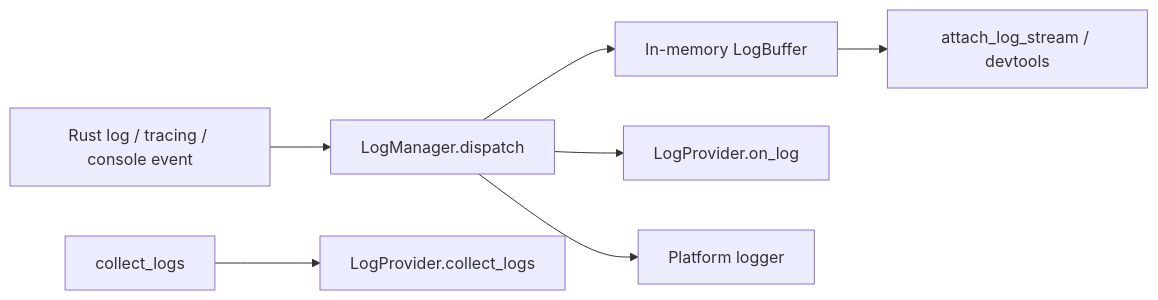
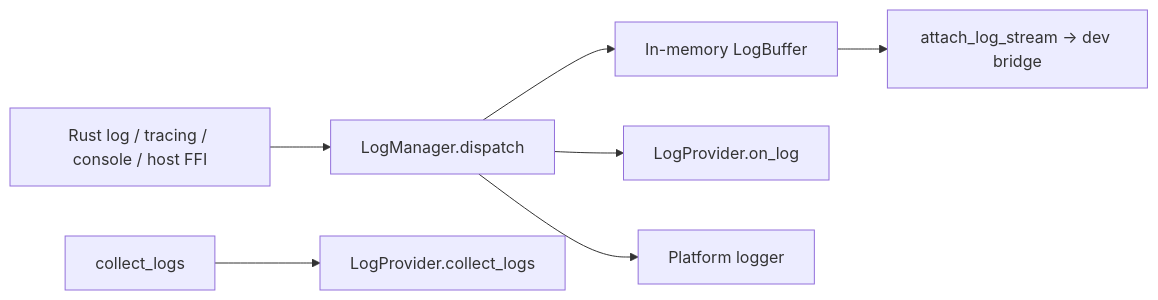
One commit to LingXia-Dev/LingXia changed the diagram in docs/internal/logging.md. Above: the diagram before and after it, drawn with Mermaid. The commit also changed other lines of this file, not shown here.

````diff
--- a/docs/internal/logging.md
+++ b/docs/internal/logging.md
@@ -27,9 +27,9 @@
 ```mermaid
 flowchart LR
-  A["Rust log / tracing / console event"] --> B["LogManager.dispatch"]
+  A["Rust log / tracing / console / host FFI"] --> B["LogManager.dispatch"]
   B --> C["In-memory LogBuffer"]
   B --> D["LogProvider.on_log"]
   B --> E["Platform logger"]
-  C --> F["attach_log_stream / devtools"]
+  C --> F["attach_log_stream → dev bridge"]
   G["collect_logs"] --> H["LogProvider.collect_logs"]
 ```
````
